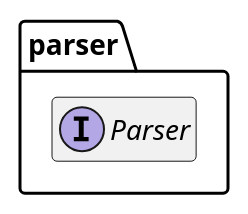
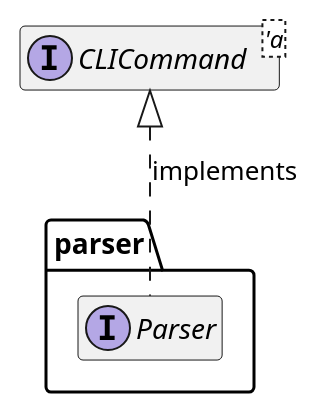
One commit to ayeniswe/statpack changed the diagram in docs/uml/parser.pu. Above: the diagram before and after it, drawn with PlantUML. The commit also changed 72 other files, not shown here.

```diff
--- a/docs/uml/parser.pu
+++ b/docs/uml/parser.pu
@@ -1,9 +1,15 @@
 @startuml parser
 hide fields
 hide methods
 
 package parser {
     interface Parser {
     }
 }
+
+interface CLICommand<'a> {
+}
+
+' Relationships between modules
+CLICommand <|.. Parser : implements
 @enduml
```
